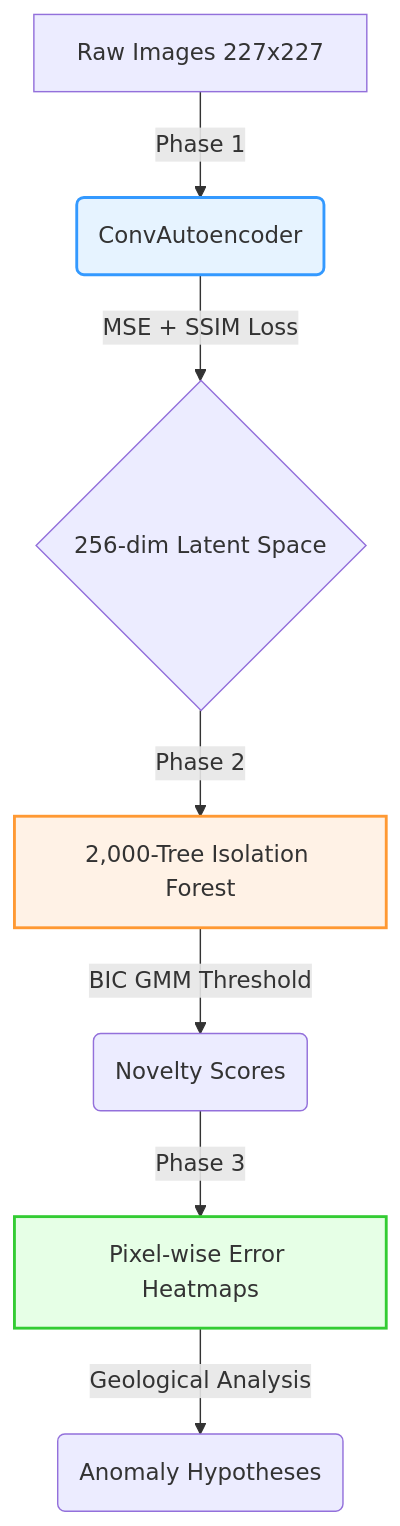
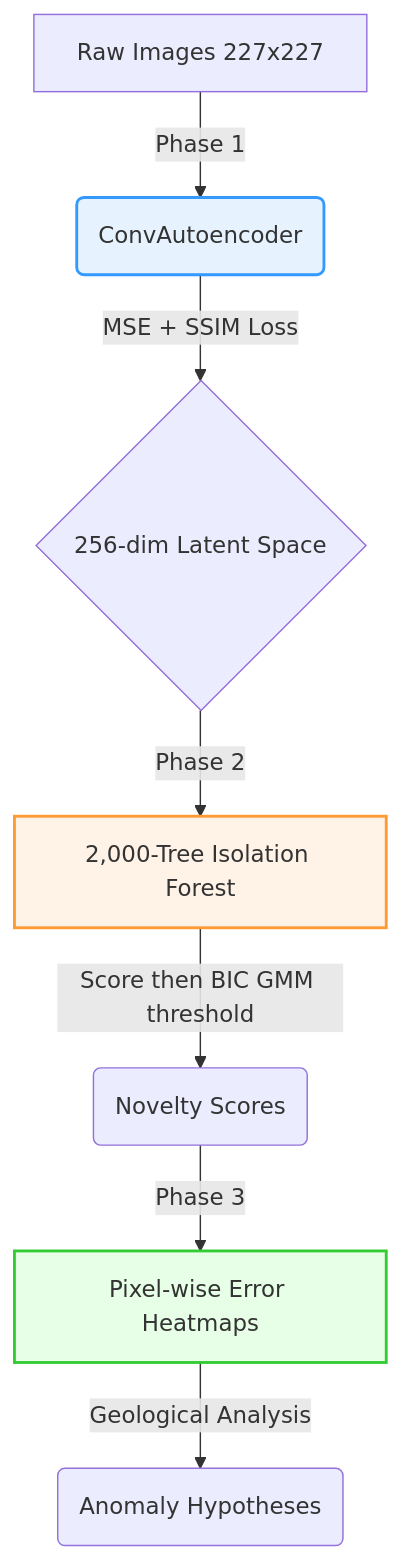
One commit to devesh3001/MarsSenitel changed the diagram in README.md. Above: the diagram before and after it, drawn with Mermaid. The commit also changed other lines of this file, not shown here.

````diff
--- a/README.md
+++ b/README.md
@@ -88,13 +90,13 @@
 ```mermaid
 graph TD
     A[Raw Images 227x227] -->|Phase 1| B(ConvAutoencoder)
     B -->|MSE + SSIM Loss| C{256-dim Latent Space}
     C -->|Phase 2| D[2,000-Tree Isolation Forest]
-    D -->|BIC GMM Threshold| E(Novelty Scores)
+    D -->|Score then BIC GMM threshold| E(Novelty Scores)
     E -->|Phase 3| F[Pixel-wise Error Heatmaps]
     F -->|Geological Analysis| G(Anomaly Hypotheses)
     
     style B fill:#e6f3ff,stroke:#3399ff,stroke-width:2px
     style D fill:#fff2e6,stroke:#ff9933,stroke-width:2px
     style F fill:#e6ffe6,stroke:#33cc33,stroke-width:2px
 ```
````
